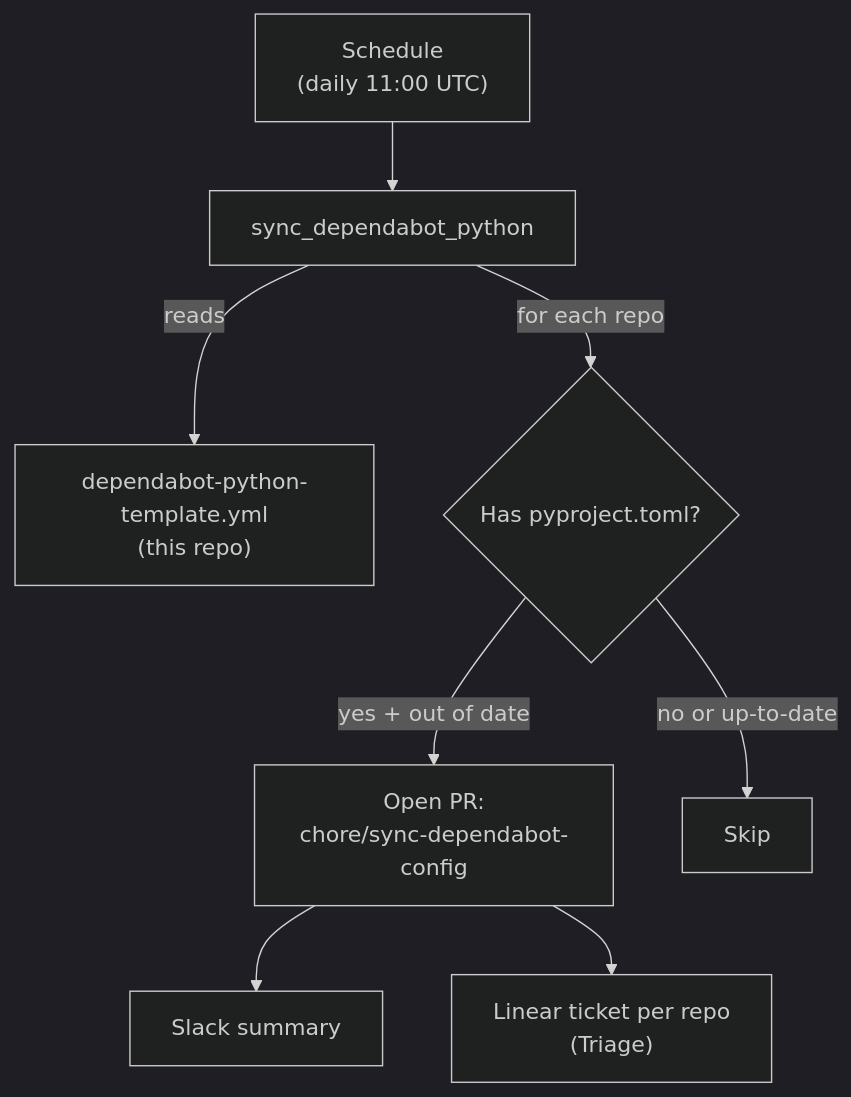
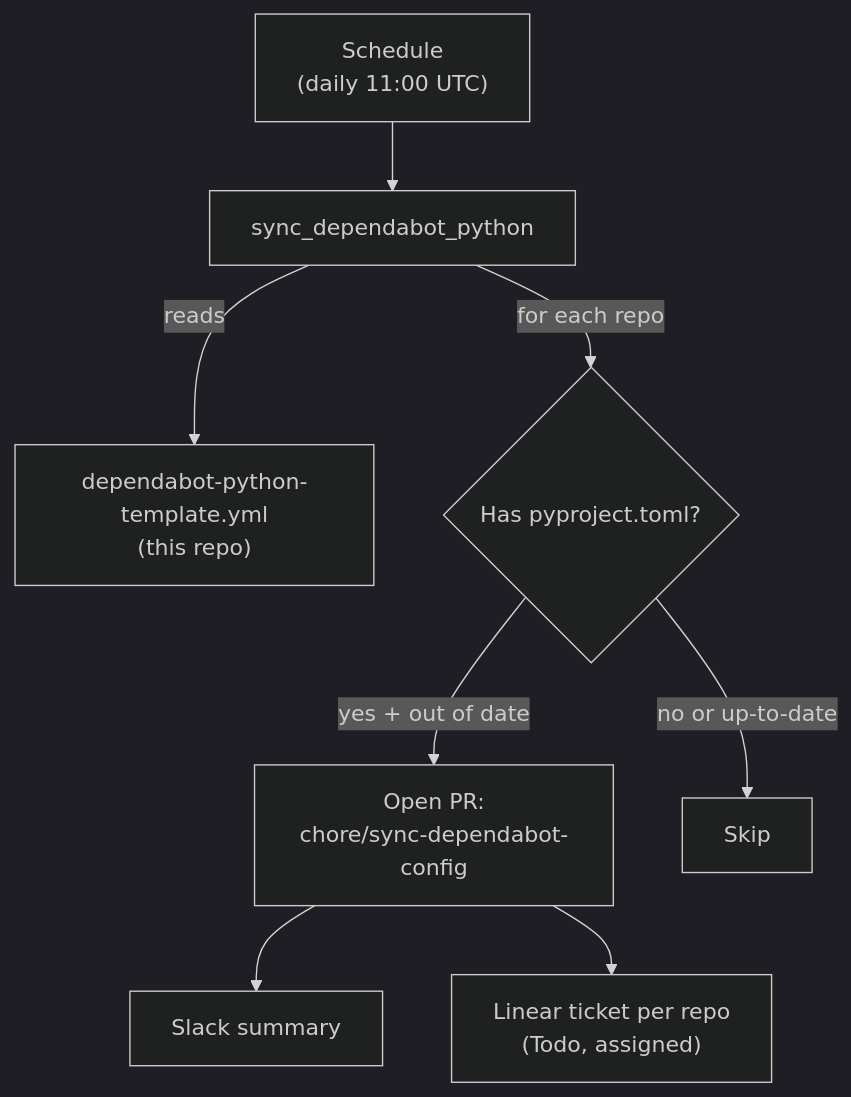
One commit to amera-apps/.github changed the fourth of 5 diagrams in README.md. Above: the diagram before and after it, drawn with Mermaid (dark theme). The commit also changed other lines of this file, not shown here.

````diff
--- a/README.md
+++ b/README.md
@@ -136,10 +140,10 @@
 ```mermaid
 graph TD
     Cron["Schedule\n(daily 11:00 UTC)"] --> Sync[sync_dependabot_python]
     Sync -->|"reads"| Template["dependabot-python-template.yml\n(this repo)"]
     Sync -->|"for each repo"| Check{"Has pyproject.toml?"}
     Check -->|"yes + out of date"| PR["Open PR:\nchore/sync-dependabot-config"]
     Check -->|"no or up-to-date"| Skip[Skip]
     PR --> Slack["Slack summary"]
-    PR --> Linear["Linear ticket per repo\n(Triage)"]
+    PR --> Linear["Linear ticket per repo\n(Todo, assigned)"]
 ```
````
